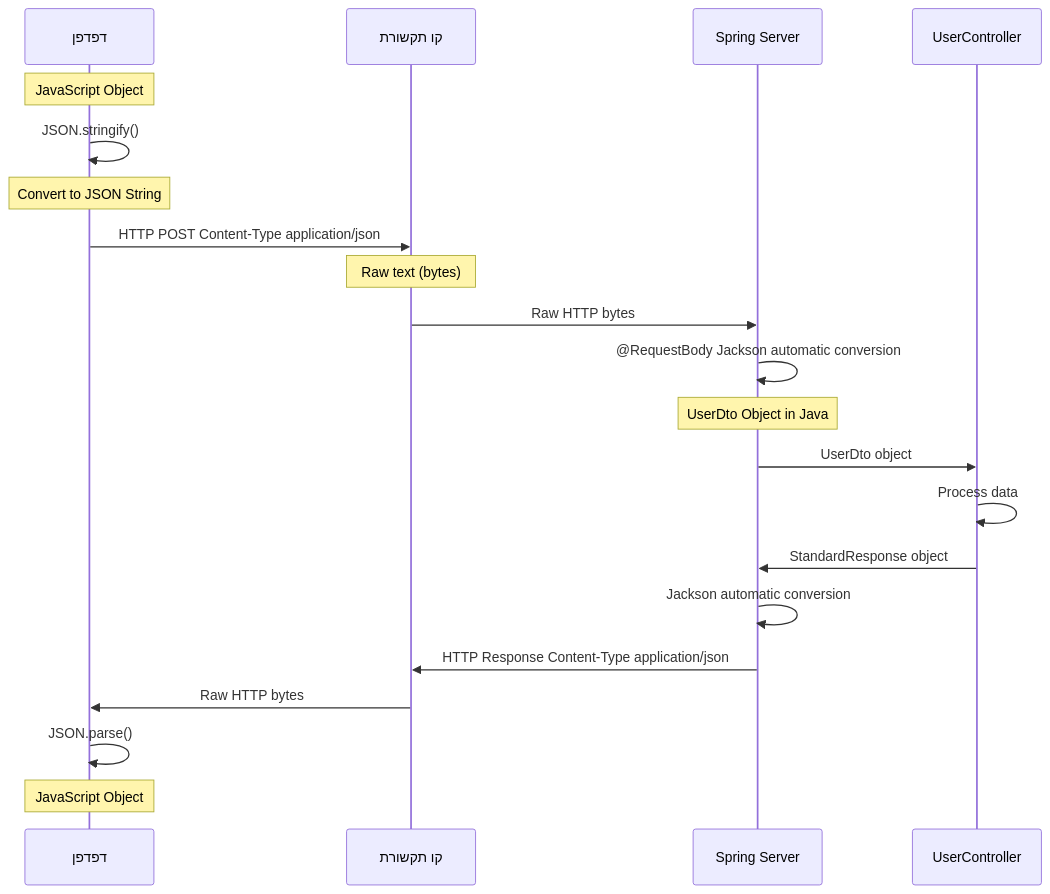
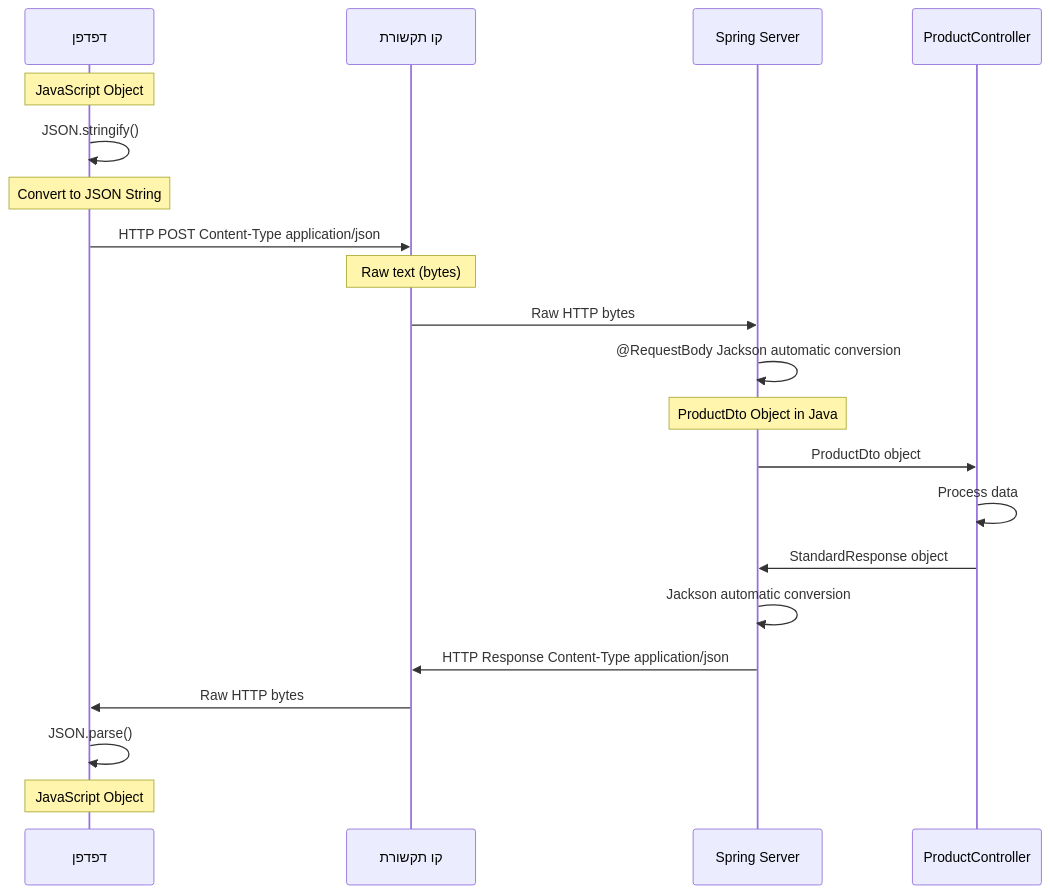
Before and after one commit to EliGuriel/Course_Meeting5: the first of 21 diagrams in מדריך מקיף - תקשורת רשת, HTTP ו-JSON.md, drawn with Mermaid. The commit also changed other lines of this file and 3 other files, not shown here.

````diff
--- a/מדריך מקיף - תקשורת רשת, HTTP ו-JSON.md
+++ b/מדריך מקיף - תקשורת רשת, HTTP ו-JSON.md
@@ -18,29 +91,29 @@
 ```mermaid
 sequenceDiagram
     participant Browser as דפדפן
     participant Network as קו תקשורת
     participant Spring as Spring Server
-    participant Controller as UserController
+    participant Controller as ProductController
     
     Note over Browser: JavaScript Object
     Browser->>Browser: JSON.stringify()
     Note over Browser: Convert to JSON String
     
     Browser->>Network: HTTP POST Content-Type application/json
     Note over Network: Raw text (bytes)
     
     Network->>Spring: Raw HTTP bytes
     Spring->>Spring: @RequestBody Jackson automatic conversion
-    Note over Spring: UserDto Object in Java
+    Note over Spring: ProductDto Object in Java
     
-    Spring->>Controller: UserDto object
+    Spring->>Controller: ProductDto object
     Controller->>Controller: Process data
     Controller->>Spring: StandardResponse object
     
     Spring->>Spring: Jackson automatic conversion
     Spring->>Network: HTTP Response Content-Type application/json
     
     Network->>Browser: Raw HTTP bytes
     Browser->>Browser: JSON.parse()
     Note over Browser: JavaScript Object
 ```
````
